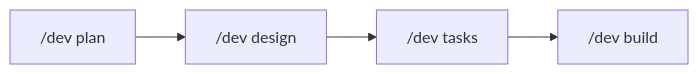
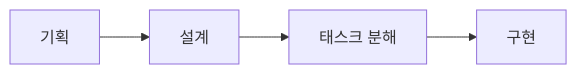
One commit to Wondermove-Inc/calab-claude-plugin changed the second of 5 diagrams in README.md. Above: the diagram before and after it, drawn with Mermaid. The commit also changed other lines of this file and 14 other files, not shown here.

````diff
--- a/README.md
+++ b/README.md
@@ -279,6 +296,6 @@
 ```mermaid
 flowchart LR
-    A["/dev plan"] --> B["/dev design"]
-    B --> C["/dev tasks"]
-    C --> D["/dev build"]
+    A["기획"] --> B["설계"]
+    B --> C["태스크 분해"]
+    C --> D["구현"]
 ```
````
